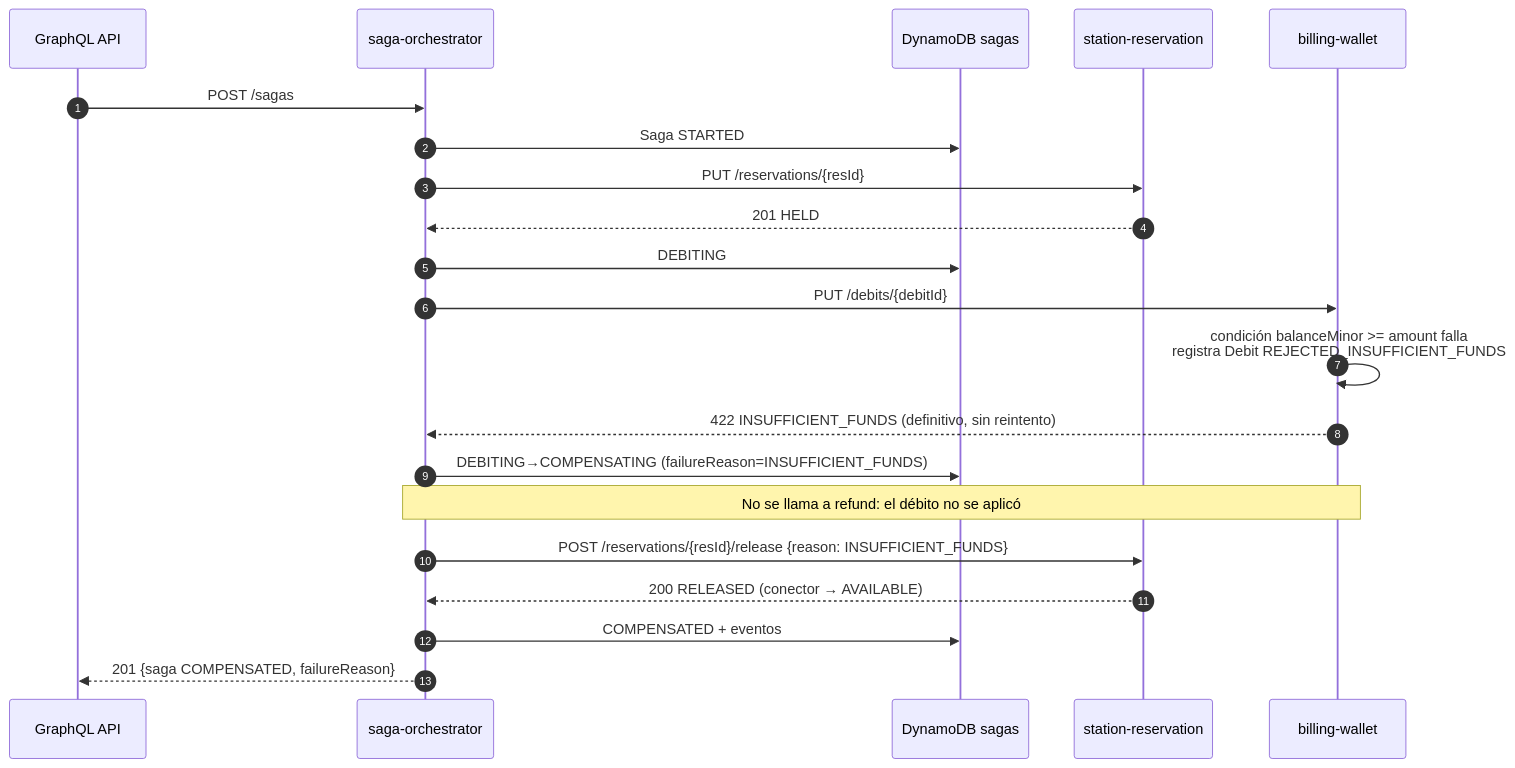
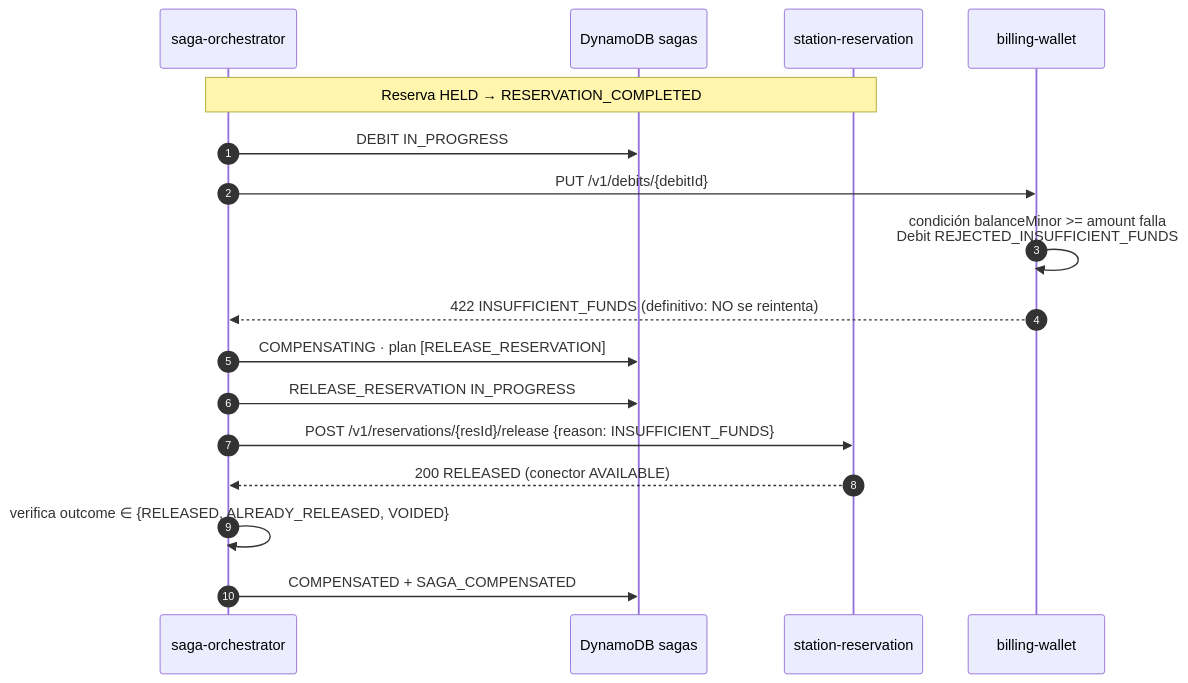
The third of 6 diagrams in docs/architecture/02-saga.md (santiagoSaMi/aegisvolt), drawn with Mermaid before and after one commit. The commit also changed other lines of this file and 338 other files, not shown here.

````diff
--- a/docs/architecture/02-saga.md
+++ b/docs/architecture/02-saga.md
@@ -86,24 +105,20 @@
 ```mermaid
 sequenceDiagram
   autonumber
-  participant G as GraphQL API
   participant O as saga-orchestrator
   participant DS as DynamoDB sagas
   participant R as station-reservation
   participant B as billing-wallet
 
-  G->>O: POST /sagas
-  O->>DS: Saga STARTED
-  O->>R: PUT /reservations/{resId}
-  R-->>O: 201 HELD
-  O->>DS: DEBITING
-  O->>B: PUT /debits/{debitId}
-  B->>B: condición balanceMinor >= amount falla<br/>registra Debit REJECTED_INSUFFICIENT_FUNDS
-  B-->>O: 422 INSUFFICIENT_FUNDS (definitivo, sin reintento)
-  O->>DS: DEBITING→COMPENSATING (failureReason=INSUFFICIENT_FUNDS)
-  Note over O,B: No se llama a refund: el débito no se aplicó
-  O->>R: POST /reservations/{resId}/release {reason: INSUFFICIENT_FUNDS}
-  R-->>O: 200 RELEASED (conector → AVAILABLE)
-  O->>DS: COMPENSATED + eventos
-  O-->>G: 201 {saga COMPENSATED, failureReason}
+  Note over O,R: Reserva HELD → RESERVATION_COMPLETED
+  O->>DS: DEBIT IN_PROGRESS
+  O->>B: PUT /v1/debits/{debitId}
+  B->>B: condición balanceMinor >= amount falla<br/>Debit REJECTED_INSUFFICIENT_FUNDS
+  B-->>O: 422 INSUFFICIENT_FUNDS (definitivo: NO se reintenta)
+  O->>DS: COMPENSATING · plan [RELEASE_RESERVATION]
+  O->>DS: RELEASE_RESERVATION IN_PROGRESS
+  O->>R: POST /v1/reservations/{resId}/release {reason: INSUFFICIENT_FUNDS}
+  R-->>O: 200 RELEASED (conector AVAILABLE)
+  O->>O: verifica outcome ∈ {RELEASED, ALREADY_RELEASED, VOIDED}
+  O->>DS: COMPENSATED + SAGA_COMPENSATED
 ```
````
